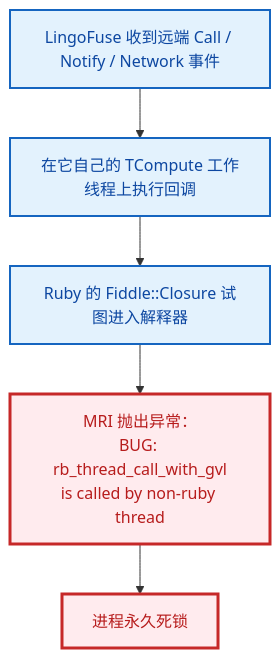
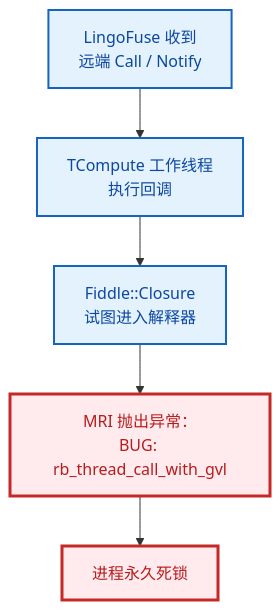
One commit to PassByYou888/LingoFuse changed the second of 21 diagrams in ruby/README.md. Above: the diagram before and after it, drawn with Mermaid. The commit also changed other lines of this file and 8 other files, not shown here.

````diff
--- a/ruby/README.md
+++ b/ruby/README.md
@@ -79,13 +77,12 @@
 ```mermaid
 flowchart TD
-    A["LingoFuse 收到远端 Call / Notify / Network 事件"] --> B["在它自己的 TCompute 工作线程上执行回调"]
-    B --> C["Ruby 的 Fiddle::Closure 试图进入解释器"]
-    C --> D["MRI 抛出异常：<br/>BUG: rb_thread_call_with_gvl<br/>is called by non-ruby thread"]
+    A["LingoFuse 收到<br/>远端 Call / Notify"] --> B["TCompute 工作线程<br/>执行回调"]
+    B --> C["Fiddle::Closure<br/>试图进入解释器"]
+    C --> D["MRI 抛出异常：<br/>BUG: rb_thread_call_with_gvl"]
     D --> E["进程永久死锁"]
 
     classDef ok fill:#E3F2FD,stroke:#1565C0,stroke-width:2px,color:#0D47A1
     classDef bad fill:#FFEBEE,stroke:#C62828,stroke-width:3px,color:#B71C1C
-
     class A,B,C ok
     class D,E bad
 ```
````
